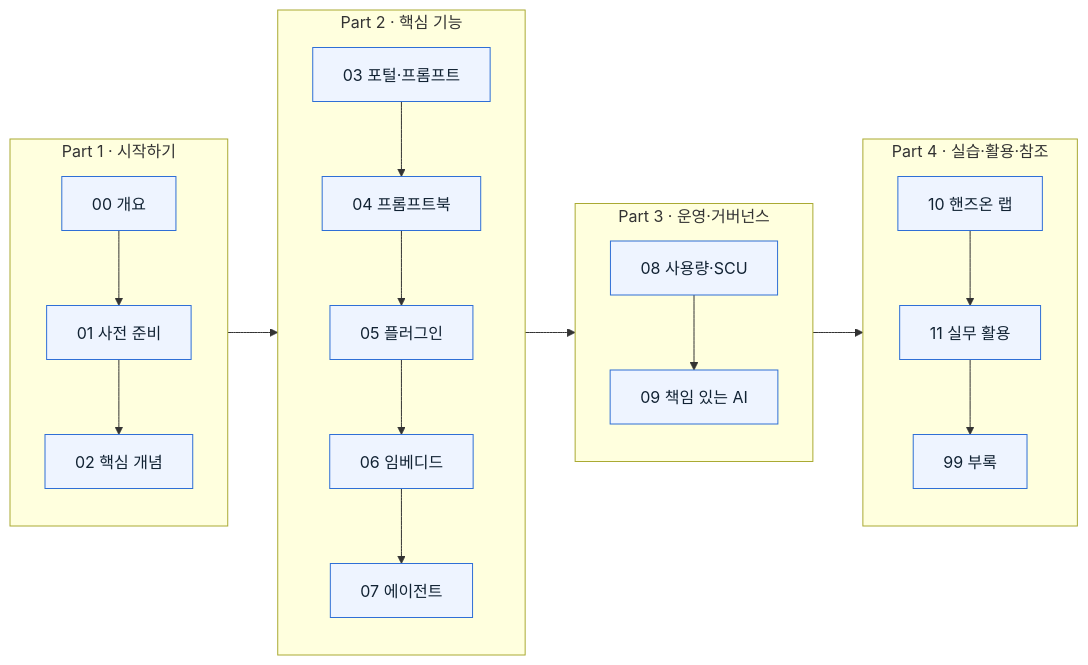
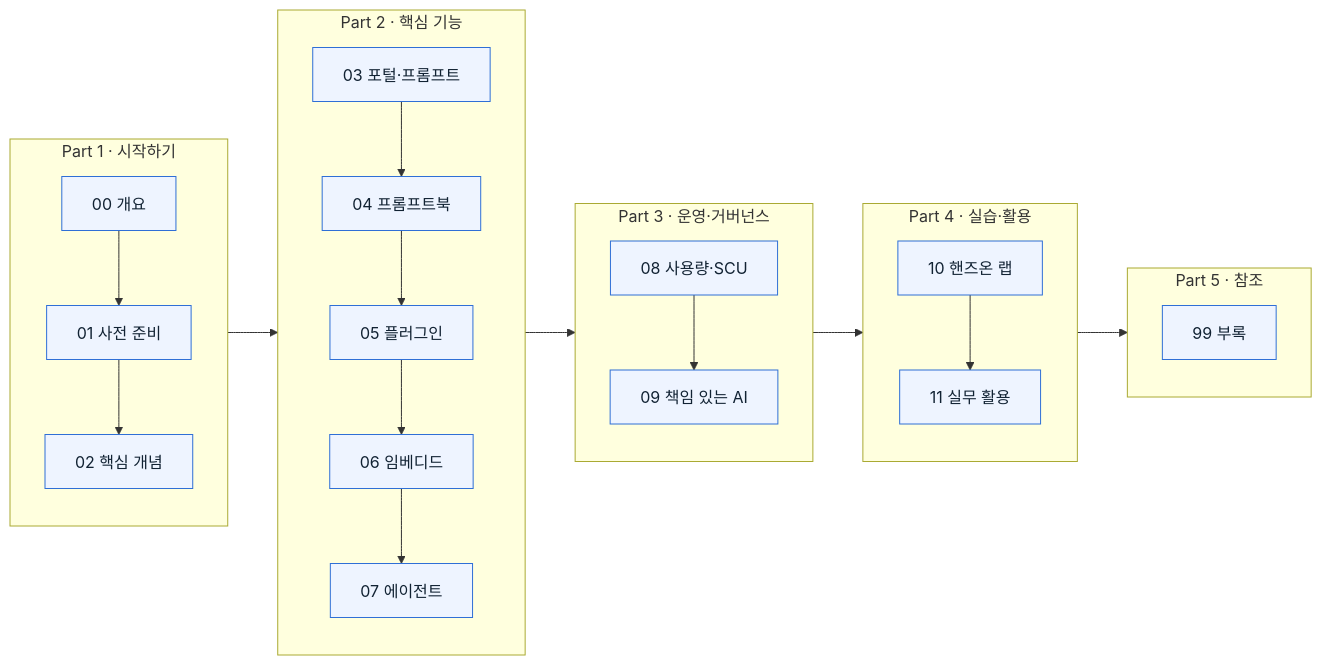
One commit to akimcse/security-copilot-guide-kr changed the diagram in README.md. Above: the diagram before and after it, drawn with Mermaid. The commit also changed other lines of this file and 4 other files, not shown here.

````diff
--- a/README.md
+++ b/README.md
@@ -31,33 +31,36 @@
 ```mermaid
 flowchart LR
     subgraph P1["Part 1 · 시작하기"]
         A0["00 개요"] --> A1["01 사전 준비"] --> A2["02 핵심 개념"]
     end
     subgraph P2["Part 2 · 핵심 기능"]
         B3["03 포털·프롬프트"] --> B4["04 프롬프트북"] --> B5["05 플러그인"] --> B6["06 임베디드"] --> B7["07 에이전트"]
     end
     subgraph P3["Part 3 · 운영·거버넌스"]
         C8["08 사용량·SCU"] --> C9["09 책임 있는 AI"]
     end
-    subgraph P4["Part 4 · 실습·활용·참조"]
-        D10["10 핸즈온 랩"] --> D11["11 실무 활용"] --> D99["99 부록"]
+    subgraph P4["Part 4 · 실습·활용"]
+        D10["10 핸즈온 랩"] --> D11["11 실무 활용"]
     end
-    P1 --> P2 --> P3 --> P4
+    subgraph P5["Part 5 · 참조"]
+        D99["99 부록"]
+    end
+    P1 --> P2 --> P3 --> P4 --> P5
 
     click A0 "./00-overview.md" "00 개요"
     click A1 "./01-prerequisites.md" "01 사전 준비"
     click A2 "./02-concepts.md" "02 핵심 개념"
     click B3 "./03-standalone-portal.md" "03 Standalone 포털"
     click B4 "./04-promptbooks.md" "04 프롬프트북"
     click B5 "./05-plugins.md" "05 플러그인"
     click B6 "./06-embedded-experiences.md" "06 임베디드 경험"
     click B7 "./07-agents.md" "07 에이전트"
     click C8 "./08-usage-monitoring.md" "08 사용량 모니터링"
     click C9 "./09-responsible-ai.md" "09 책임 있는 AI"
     click D10 "./10-handson-lab.md" "10 핸즈온 랩"
     click D11 "./11-use-cases.md" "11 실무 활용"
     click D99 "./99-troubleshooting.md" "99 부록"
 
     classDef node fill:#eef4ff,stroke:#2f6fd6,color:#123,stroke-width:1px;
     class A0,A1,A2,B3,B4,B5,B6,B7,C8,C9,D10,D11,D99 node;
 ```
````
